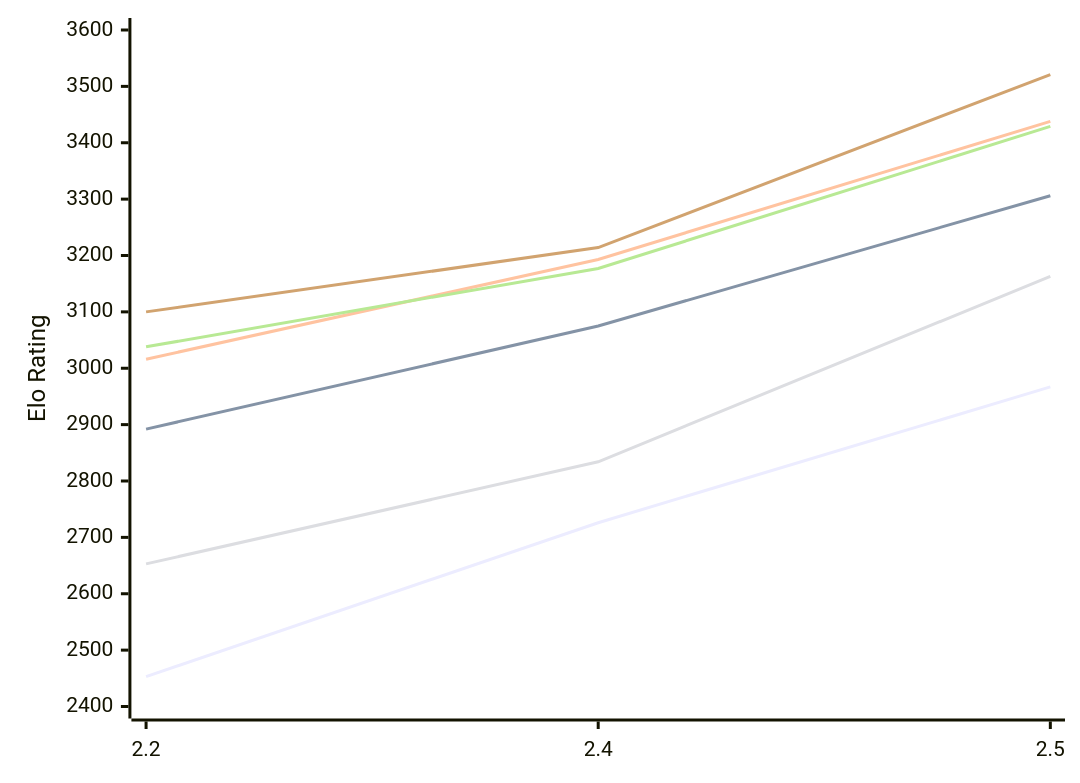
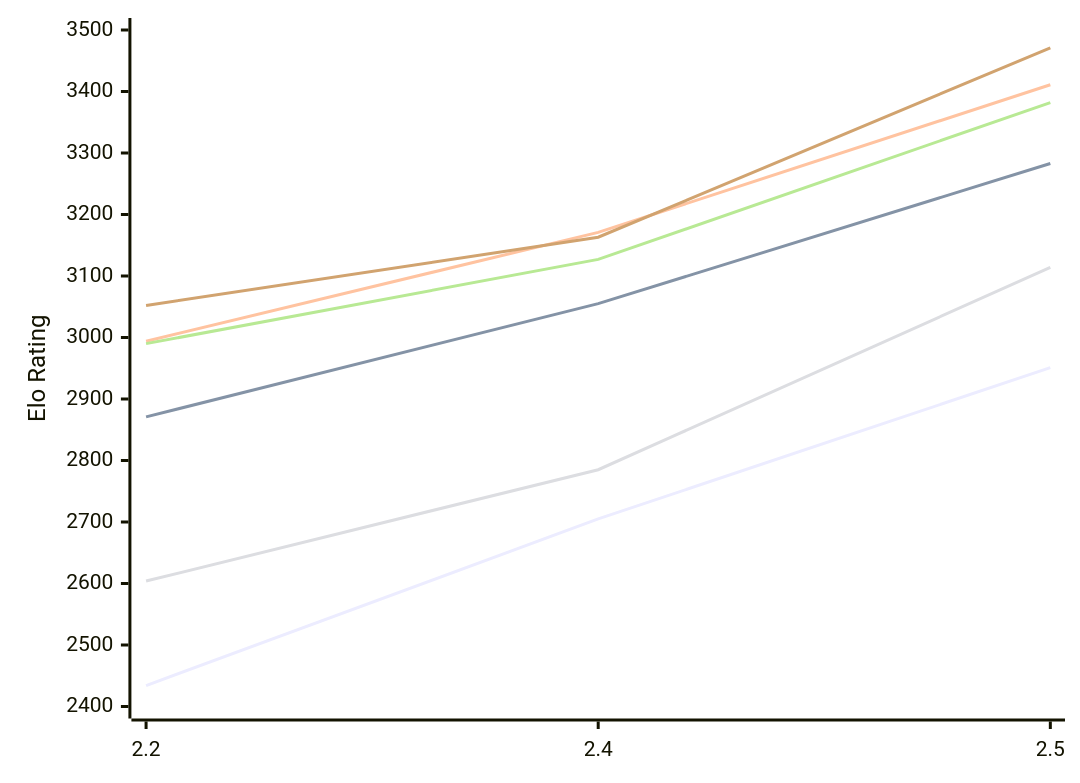
One commit to computer-chess-index/cci changed the first of 2 diagrams in engines/Sloth.md. Above: the diagram before and after it, drawn with Mermaid. The commit also changed other lines of this file, not shown here.

Commit message:
Update CCI Ratings (ELO VLTC) - 2026-11-08

````diff
--- a/engines/Sloth.md
+++ b/engines/Sloth.md
@@ -52,12 +52,12 @@
 ```mermaid
 %%{init: {"theme":"base","themeVariables":{"seriesColors:['#a3a3a3','#222221','#faa371']}}}%%
 xychart-beta
   x-axis ["2.2", "2.4", "2.5"]
-  y-axis "Elo Rating" 2400 --> 3600
-  line "E1: STC (8.0+0.08s)" [2453, 2726, 2967]
-  line "E1: LTC (60.0+0.60s)" [2892, 3075, 3306]
-  line "E1: VLTC (2m24s+1.12s)" [3016, 3193, 3438]
-  line "P1: STC (8.0+0.08s)" [2653, 2834, 3163]
-  line "P1: LTC (60.0+0.60s)" [3038, 3177, 3429]
-  line "P1: VLTC (2m24s+1.12s)" [3100, 3214, 3521]
+  y-axis "Elo Rating" 2400 --> 3500
+  line "E1: STC (8.0+0.08s)" [2434, 2705, 2951]
+  line "E1: LTC (60.0+0.60s)" [2871, 3055, 3283]
+  line "E1: VLTC (2m24s+1.12s)" [2994, 3171, 3411]
+  line "P1: STC (8.0+0.08s)" [2604, 2785, 3114]
+  line "P1: LTC (60.0+0.60s)" [2990, 3127, 3382]
+  line "P1: VLTC (2m24s+1.12s)" [3052, 3163, 3471]
 ```
````
